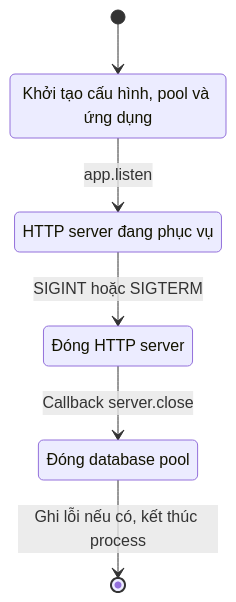
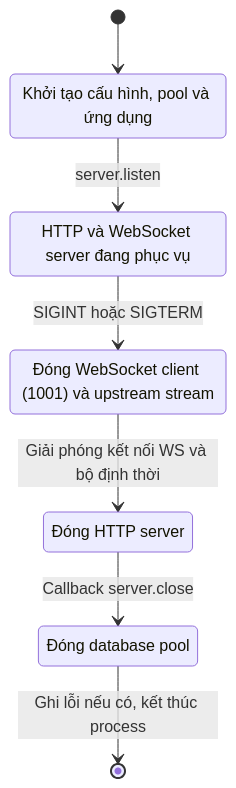
One commit to BuhDuy256/crypto-force changed the first of 5 diagrams in docs/architecture/20-state-machine.md. Above: the diagram before and after it, drawn with Mermaid. The commit also changed other lines of this file and 13 other files, not shown here.

First line of the commit message:
docs: design WebSocket realtime market data and review REST design

````diff
--- a/docs/architecture/20-state-machine.md
+++ b/docs/architecture/20-state-machine.md
@@ -30,12 +35,14 @@
 ```mermaid
 stateDiagram-v2
     state "Khởi tạo cấu hình, pool và ứng dụng" as KhoiTao
-    state "HTTP server đang phục vụ" as PhucVu
+    state "HTTP và WebSocket server đang phục vụ" as PhucVu
+    state "Đóng WebSocket client (1001) và upstream stream" as DongWS
     state "Đóng HTTP server" as DongHTTP
     state "Đóng database pool" as DongDB
     [*] --> KhoiTao
-    KhoiTao --> PhucVu: app.listen
-    PhucVu --> DongHTTP: SIGINT hoặc SIGTERM
+    KhoiTao --> PhucVu: server.listen
+    PhucVu --> DongWS: SIGINT hoặc SIGTERM
+    DongWS --> DongHTTP: Giải phóng kết nối WS và bộ định thời
     DongHTTP --> DongDB: Callback server.close
     DongDB --> [*]: Ghi lỗi nếu có, kết thúc process
 ```
````
